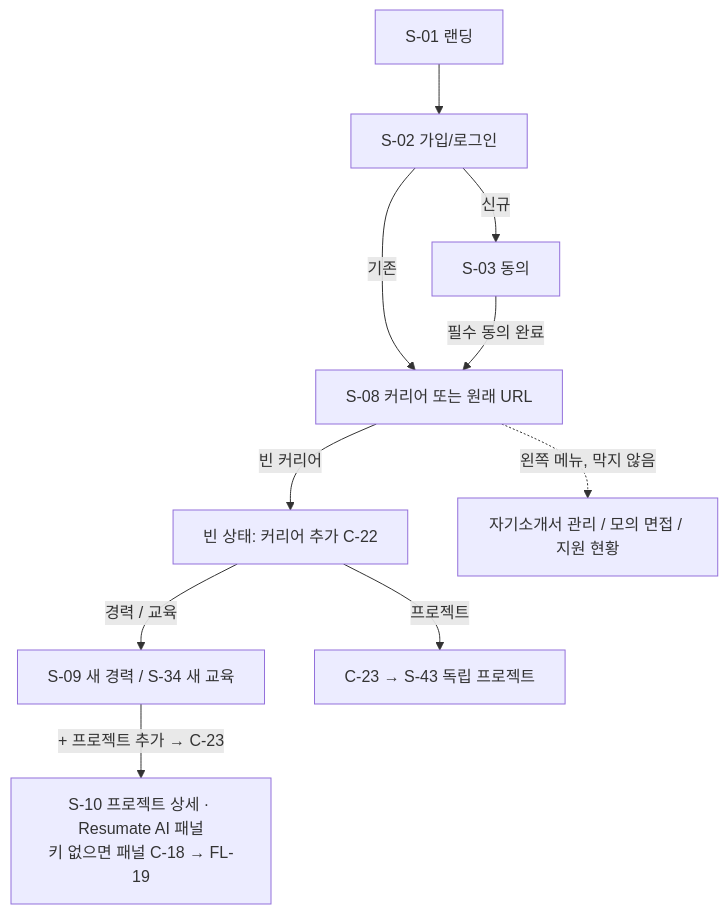
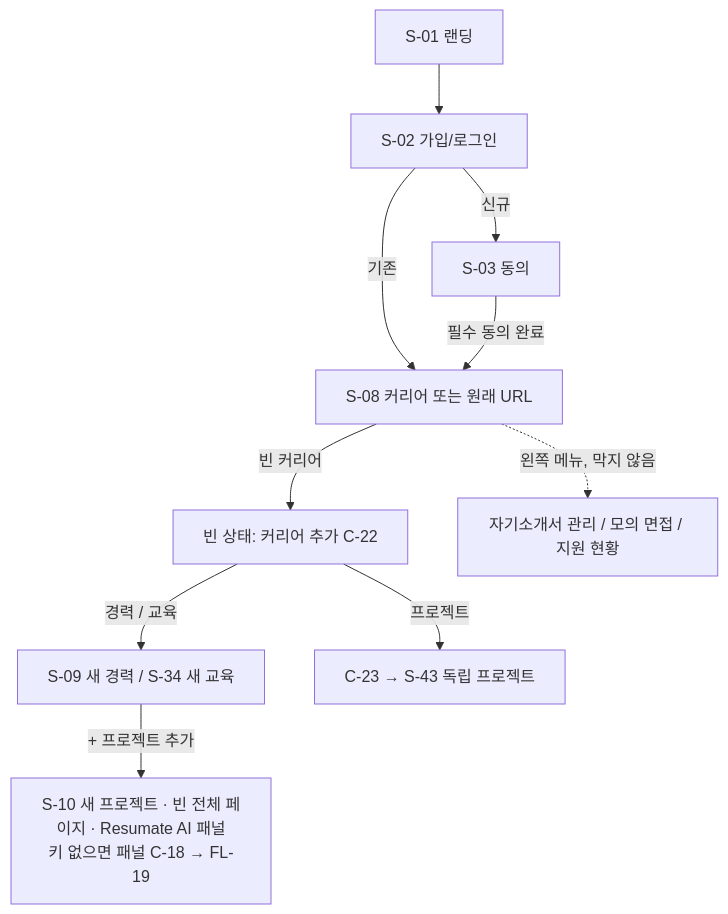
The second of 21 diagrams in docs/planning/02-user-flows.md (j-hyunn/resumate), drawn with Mermaid before and after one commit. The commit also changed other lines of this file and 11 other files, not shown here.

````diff
--- a/docs/planning/02-user-flows.md
+++ b/docs/planning/02-user-flows.md
@@ -245,12 +267,12 @@
 ```mermaid
 flowchart TD
   A[S-01 랜딩] --> B[S-02 가입/로그인]
   B -->|신규| C[S-03 동의]
   B -->|기존| D[S-08 커리어 또는 원래 URL]
   C -->|필수 동의 완료| D
   D -->|빈 커리어| E[빈 상태: 커리어 추가 C-22]
   E -->|경력 / 교육| G[S-09 새 경력 / S-34 새 교육]
   E -->|프로젝트| G2[C-23 → S-43 독립 프로젝트]
-  G -->|+ 프로젝트 추가 → C-23| P[S-10 프로젝트 상세 · Resumate AI 패널<br/>키 없으면 패널 C-18 → FL-19]
+  G -->|+ 프로젝트 추가| P[S-10 새 프로젝트 · 빈 전체 페이지 · Resumate AI 패널<br/>키 없으면 패널 C-18 → FL-19]
   D -.왼쪽 메뉴, 막지 않음.-> H[자기소개서 관리 / 모의 면접 / 지원 현황]
 ```
````
